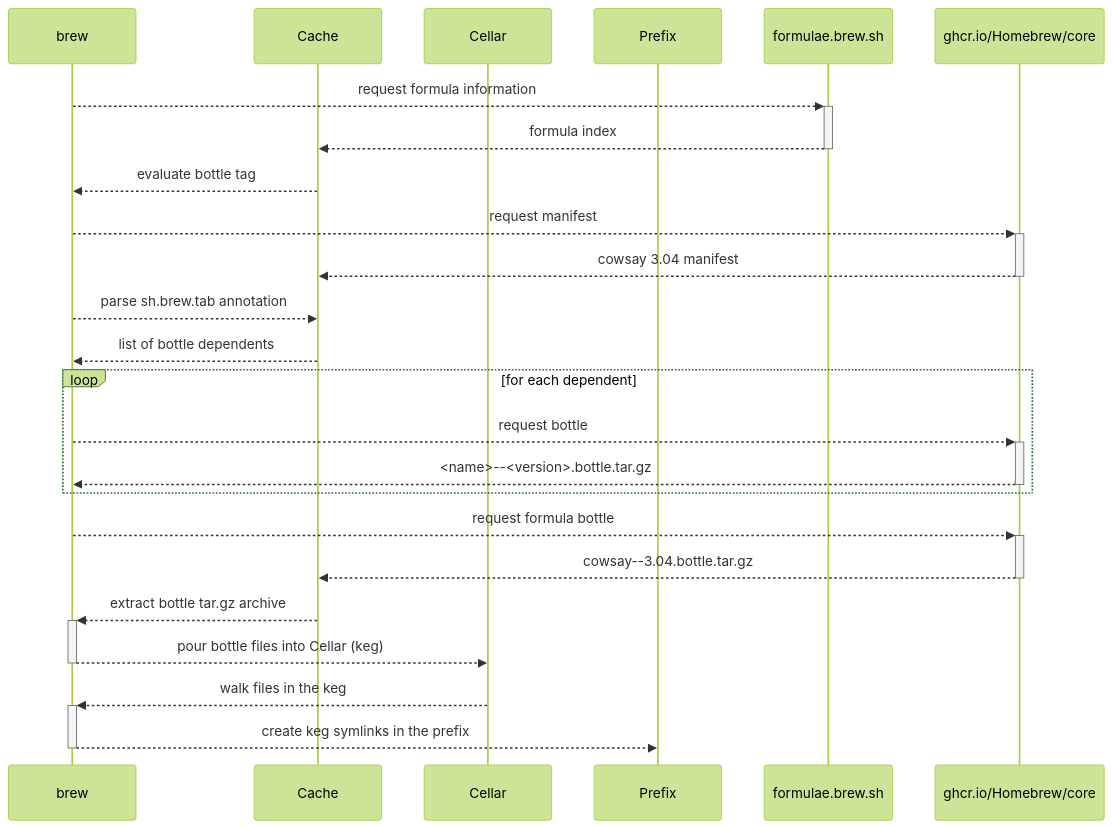
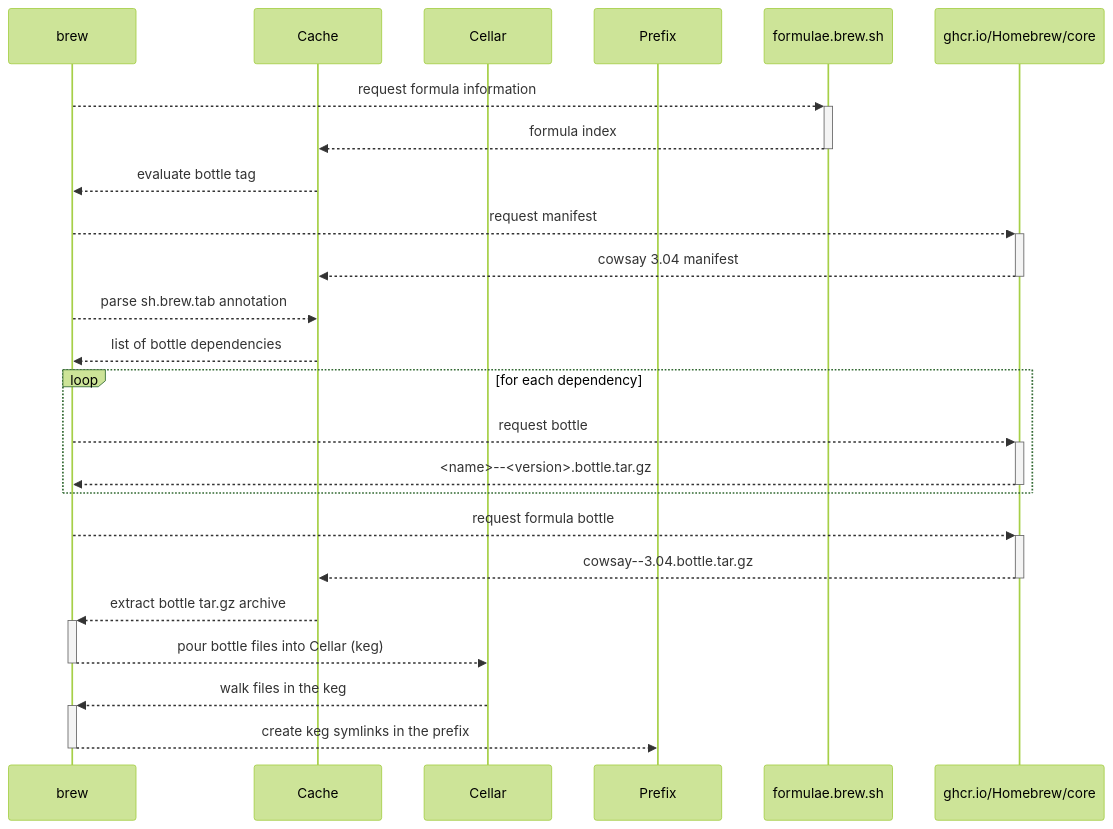
One commit to act3-ai/hops changed the second of 2 diagrams in docs/architecture/homebrew.md. Above: the diagram before and after it, drawn with Mermaid (forest theme). The commit also changed other lines of this file and 5 other files, not shown here.

````diff
--- a/docs/architecture/homebrew.md
+++ b/docs/architecture/homebrew.md
@@ -134,27 +134,27 @@
 ```mermaid
 sequenceDiagram
   participant brew
   participant cache as Cache
   participant cellar as Cellar
   participant prefix as Prefix
   participant api as formulae.brew.sh
   participant ghcr as ghcr.io/Homebrew/core
   brew -->>+ api: request formula information
   api -->>- cache: formula index
   cache -->> brew: evaluate bottle tag
   brew -->>+ ghcr: request manifest
   ghcr -->>- cache: cowsay 3.04 manifest
   brew -->> cache: parse sh.brew.tab annotation
-  cache -->> brew: list of bottle dependents
-  loop for each dependent
+  cache -->> brew: list of bottle dependencies
+  loop for each dependency
   brew -->>+ ghcr: request bottle
   ghcr -->>- brew: <name>--<version>.bottle.tar.gz
   end
   brew -->>+ ghcr: request formula bottle
   ghcr -->>- cache: cowsay--3.04.bottle.tar.gz
 
   cache -->>+ brew: extract bottle tar.gz archive
   brew -->>- cellar: pour bottle files into Cellar (keg)
   cellar -->>+ brew: walk files in the keg
   brew -->>- prefix: create keg symlinks in the prefix
 ```
````
